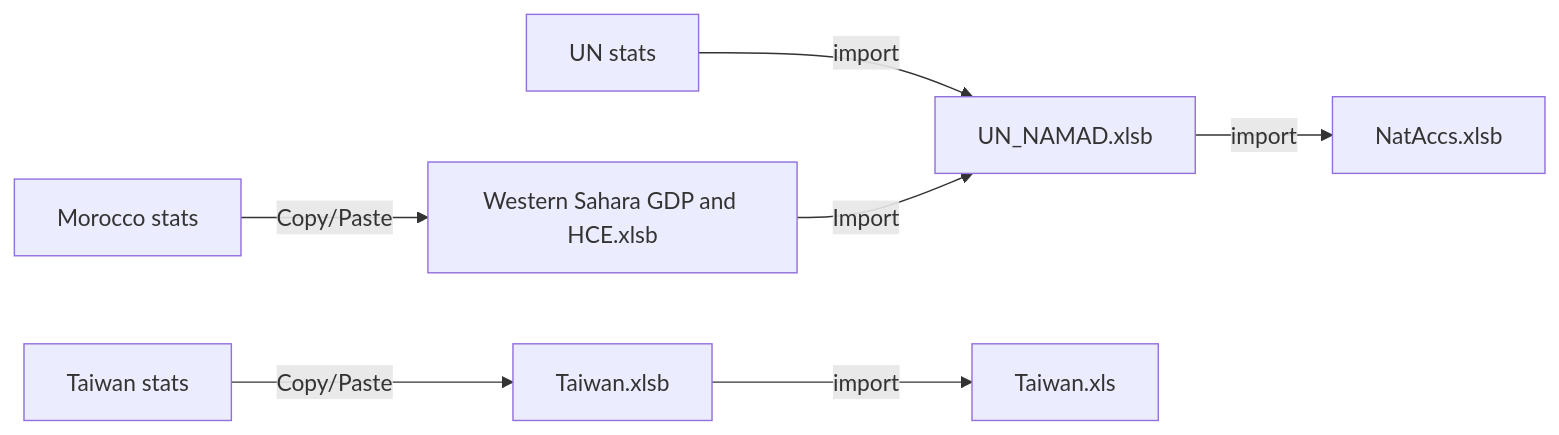
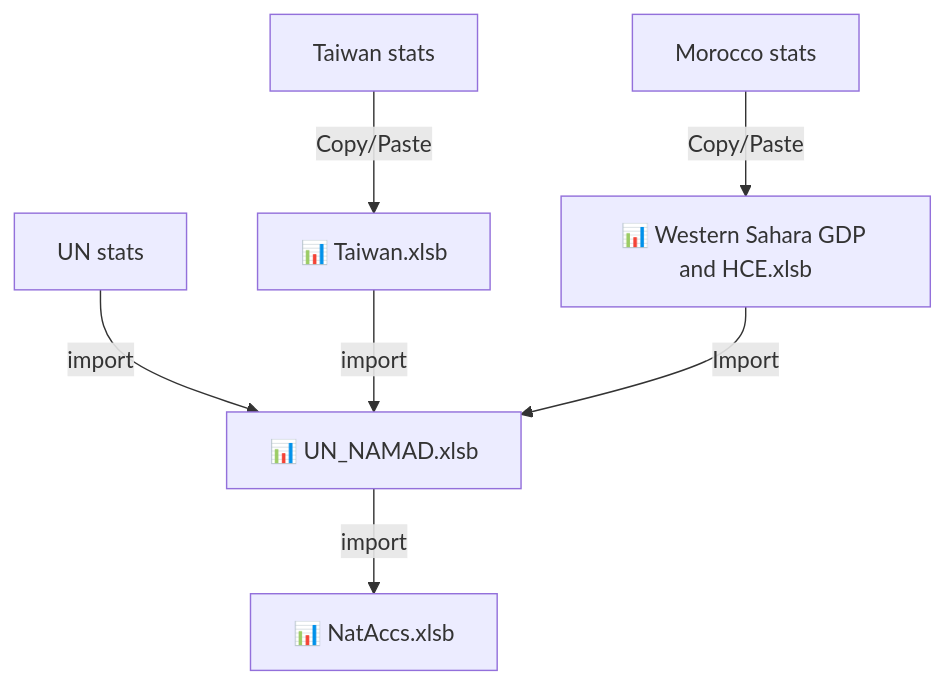
The diagram in other/flowchart.md (scanback/docs), drawn with Mermaid before and after one commit.

```diff
--- a/other/flowchart.md
+++ b/other/flowchart.md
@@ -1,14 +1,14 @@
 <div class="mermaid">
 
-flowchart LR
+flowchart TB
 
-UNstats[UN stats] -->|import| UN_NAMAD[UN_NAMAD.xlsb]
-UN_NAMAD -->|import| NatAccs[NatAccs.xlsb]
+UNstats[UN stats] -->|import| UN_NAMAD[📊 UN_NAMAD.xlsb]
+UN_NAMAD -->|import| NatAccs[📊 NatAccs.xlsb]
 
-TWstats[Taiwan stats] -->|Copy/Paste| TaiwanXLSB[Taiwan.xlsb]
-TaiwanXLSB -->|import| TaiwanXLS[Taiwan.xls]
+TWstats[Taiwan stats] -->|Copy/Paste| TaiwanXLSB[📊 Taiwan.xlsb]
+TaiwanXLSB -->|import| UN_NAMAD
 
-MAstats[Morocco stats] -->|Copy/Paste| WSHCE[Western Sahara GDP and HCE.xlsb]
+MAstats[Morocco stats] -->|Copy/Paste| WSHCE[📊 Western Sahara GDP and HCE.xlsb]
 WSHCE -->|Import| UN_NAMAD
 
 </div>
```
